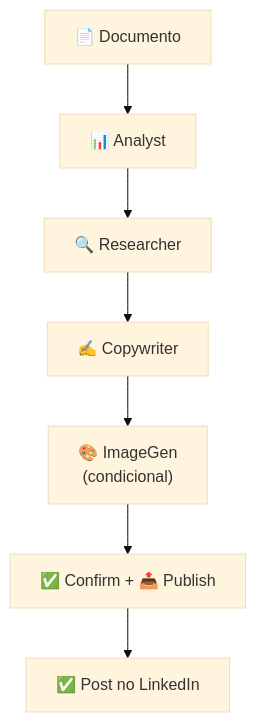
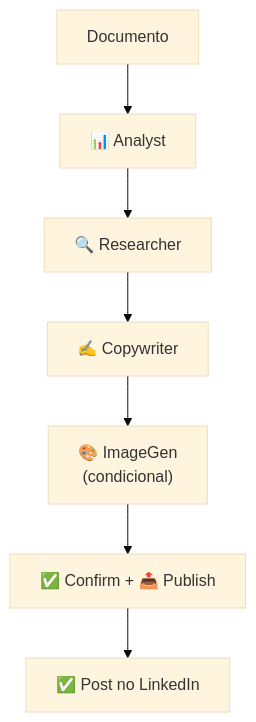
Before and after one commit to augustolnb/adk-linkedin-post-agent: the diagram in README.md, drawn with Mermaid (base theme). The commit also changed other lines of this file, not shown here.

````diff
--- a/README.md
+++ b/README.md
@@ -46,9 +46,9 @@
 ```mermaid
 flowchart TB
-    INPUT["📄 Documento"] --> A["📊 Analyst"]
+    INPUT[" Documento"] --> A["📊 Analyst"]
     A --> R["🔍 Researcher"]
     R --> C["✍️ Copywriter"]
     C --> I["🎨 ImageGen<br/>(condicional)"]
     I --> P["✅ Confirm + 📤 Publish"]
     P --> OUTPUT["✅ Post no LinkedIn"]
 ```
````
